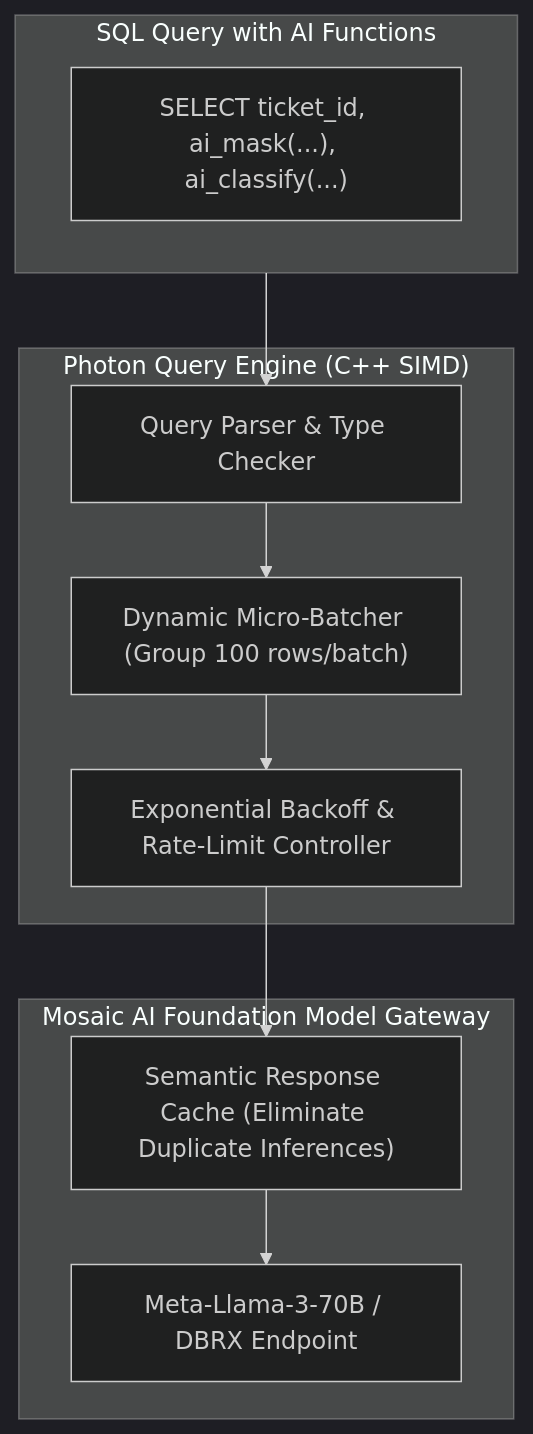
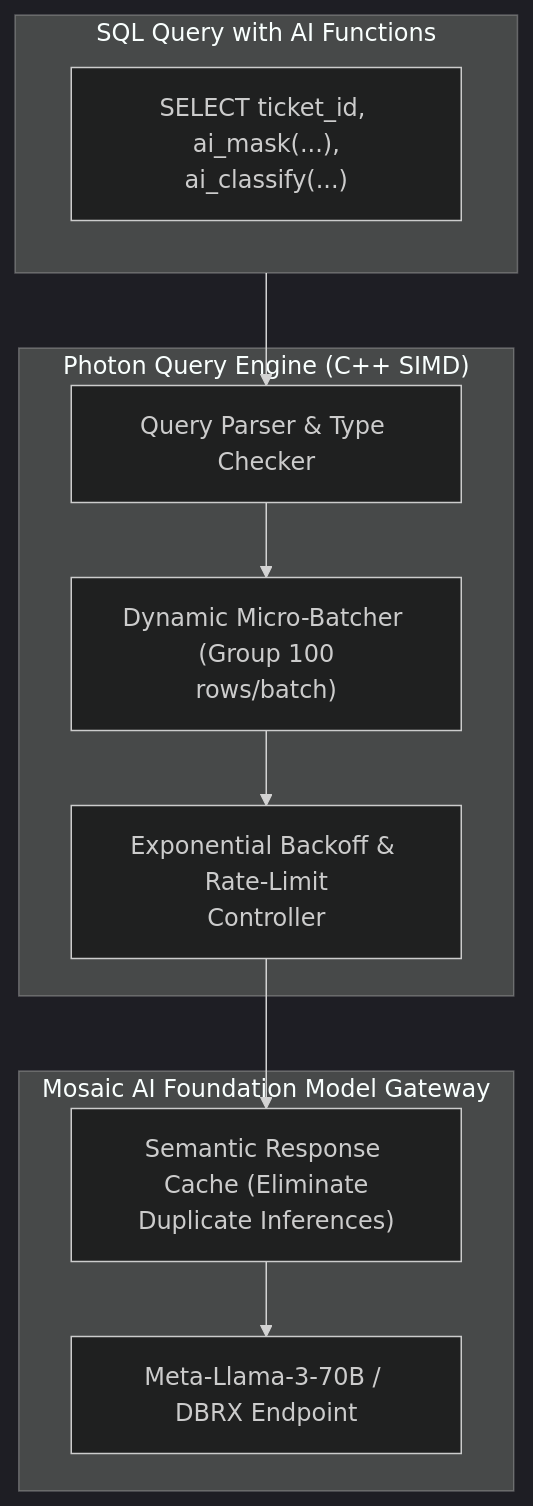
One commit to santoshjammi29/sql-handbook changed the third of 3 diagrams in architectures/01_logical_vs_physical_query_execution.md. Above: the diagram before and after it, drawn with Mermaid (dark theme). The commit also changed other lines of this file and 17 other files, not shown here.

Commit message:
fix(diagrams): word-wrap labels and escape comparison operators across all diagrams

````diff
--- a/architectures/01_logical_vs_physical_query_execution.md
+++ b/architectures/01_logical_vs_physical_query_execution.md
@@ -124,19 +124,19 @@
 ```mermaid
 flowchart TD
     subgraph SQLQuery["SQL Query with AI Functions"]
-        SQL["SELECT ticket_id, ai_mask(...), ai_classify(...)"]
+        SQL["SELECT ticket_id, ai_mask(...),<br/>ai_classify(...)"]
     end
 
     subgraph Optimizer["Photon Query Engine (C++ SIMD)"]
         Parser["Query Parser & Type Checker"]
-        Batcher["Dynamic Micro-Batcher (Group 100 rows/batch)"]
-        Retry["Exponential Backoff & Rate-Limit Controller"]
+        Batcher["Dynamic Micro-Batcher (Group 100<br/>rows/batch)"]
+        Retry["Exponential Backoff & Rate-Limit<br/>Controller"]
     end
 
     subgraph LLMCluster["Mosaic AI Foundation Model Gateway"]
         Llama["Meta-Llama-3-70B / DBRX Endpoint"]
-        Cache["Semantic Response Cache (Eliminate Duplicate Inferences)"]
+        Cache["Semantic Response Cache (Eliminate<br/>Duplicate Inferences)"]
     end
 
     SQLQuery --> Parser --> Batcher --> Retry --> Cache --> Llama
 ```
````
